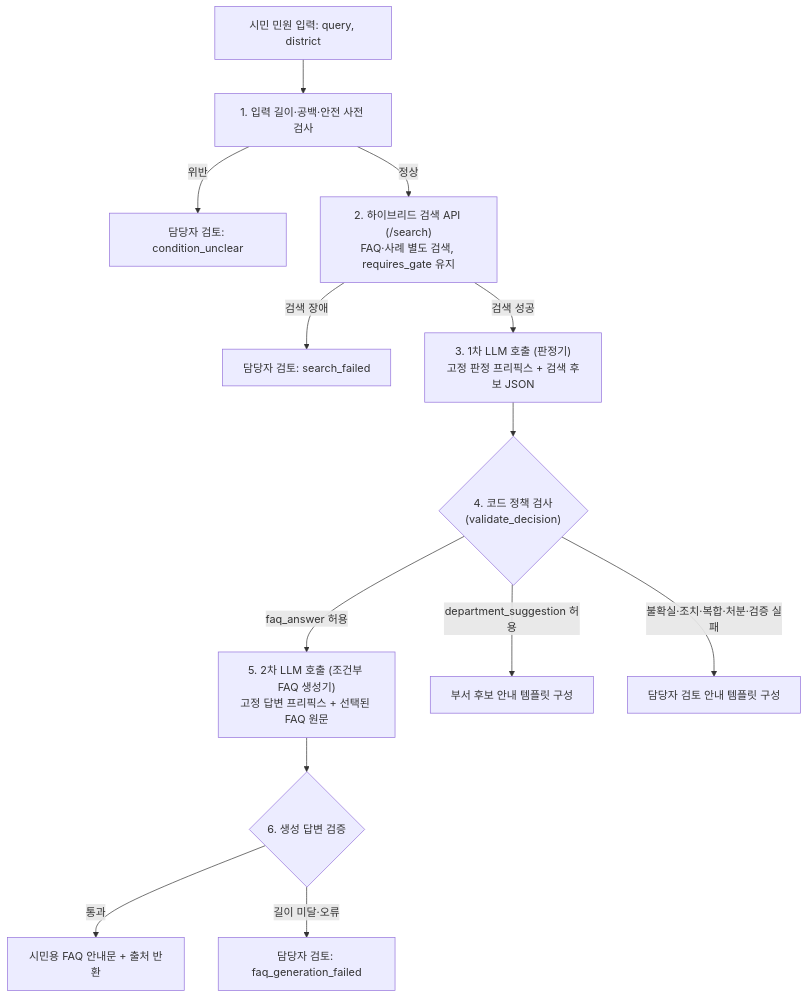
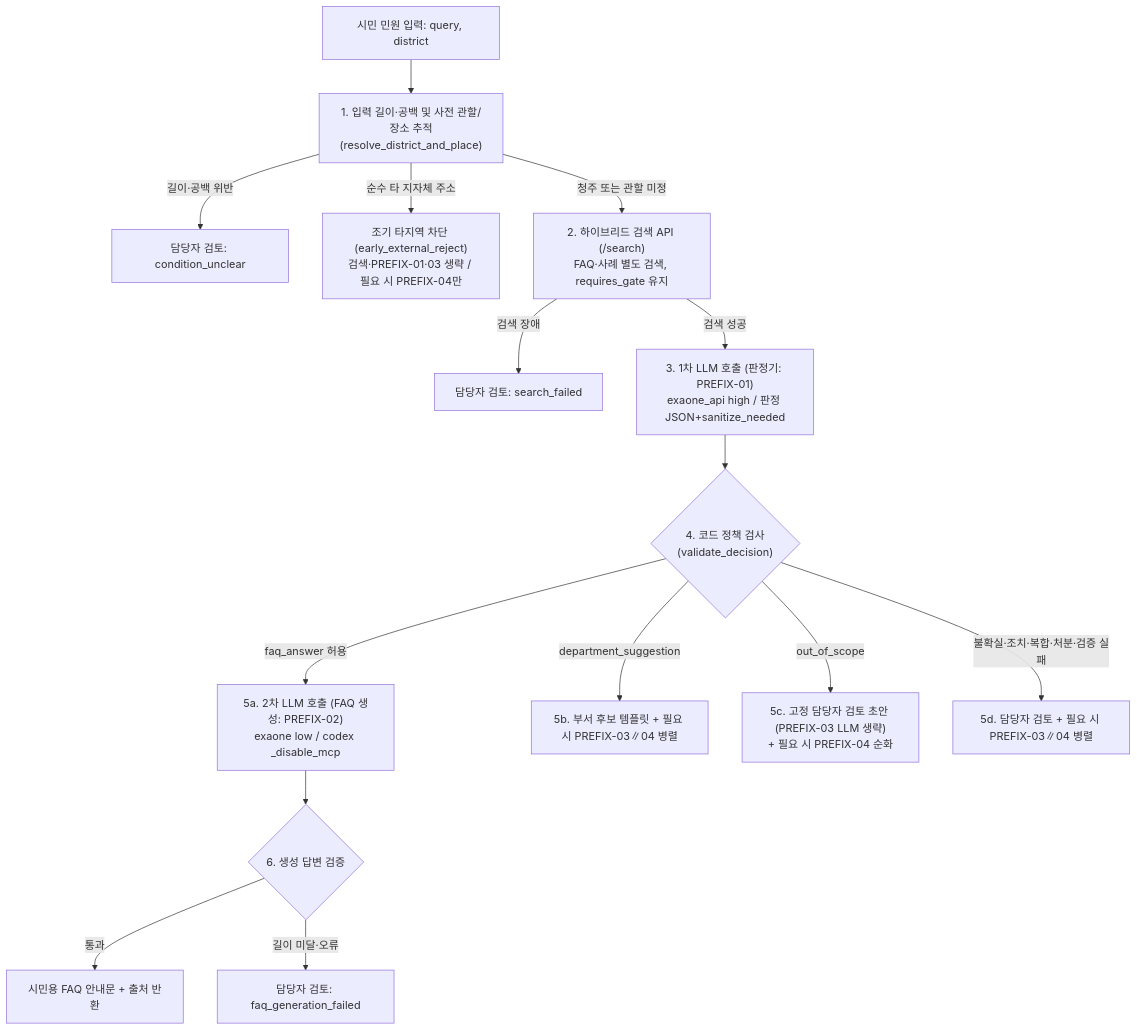
The diagram in docs/harness/AI_정보전달과_응답_하네스.md (hy040504/ai-complaint-process), drawn with Mermaid before and after one commit. The commit also changed other lines of this file and 26 other files, not shown here.

````diff
--- a/docs/harness/AI_정보전달과_응답_하네스.md
+++ b/docs/harness/AI_정보전달과_응답_하네스.md
@@ -33,15 +33,17 @@
 ```mermaid
 flowchart TD
-    U[시민 민원 입력: query, district] --> V1[1. 입력 길이·공백·안전 사전 검사]
-    V1 -->|위반| H0[담당자 검토: condition_unclear]
-    V1 -->|정상| S["2. 하이브리드 검색 API (/search)<br/>FAQ·사례 별도 검색, requires_gate 유지"]
+    U[시민 민원 입력: query, district] --> V1["1. 입력 길이·공백 및 사전 관할/장소 추적<br/>(resolve_district_and_place)"]
+    V1 -->|길이·공백 위반| H0[담당자 검토: condition_unclear]
+    V1 -->|순수 타 지자체 주소| E0["조기 타지역 차단 (early_external_reject)<br/>검색·PREFIX-01·03 생략 / 필요 시 PREFIX-04만"]
+    V1 -->|청주 또는 관할 미정| S["2. 하이브리드 검색 API (/search)<br/>FAQ·사례 별도 검색, requires_gate 유지"]
     S -->|검색 장애| H1[담당자 검토: search_failed]
-    S -->|검색 성공| P1["3. 1차 LLM 호출 (판정기)<br/>고정 판정 프리픽스 + 검색 후보 JSON"]
+    S -->|검색 성공| P1["3. 1차 LLM 호출 (판정기: PREFIX-01)<br/>exaone_api high / 판정 JSON+sanitize_needed"]
     P1 --> C{"4. 코드 정책 검사<br/>(validate_decision)"}
-    C -->|faq_answer 허용| P2["5. 2차 LLM 호출 (조건부 FAQ 생성기)<br/>고정 답변 프리픽스 + 선택된 FAQ 원문"]
-    C -->|department_suggestion 허용| D[부서 후보 안내 템플릿 구성]
-    C -->|불확실·조치·복합·처분·검증 실패| H2[담당자 검토 안내 템플릿 구성]
+    C -->|faq_answer 허용| P2["5a. 2차 LLM 호출 (FAQ 생성: PREFIX-02)<br/>exaone low / codex _disable_mcp"]
+    C -->|department_suggestion| D["5b. 부서 후보 템플릿 + 필요 시 PREFIX-03∥04 병렬"]
+    C -->|out_of_scope| HO["5c. 고정 담당자 검토 초안 (PREFIX-03 LLM 생략)<br/>+ 필요 시 PREFIX-04 순화"]
+    C -->|불확실·조치·복합·처분·검증 실패| H2["5d. 담당자 검토 + 필요 시 PREFIX-03∥04 병렬"]
     P2 --> V2{6. 생성 답변 검증}
     V2 -->|통과| F[시민용 FAQ 안내문 + 출처 반환]
     V2 -->|길이 미달·오류| H3[담당자 검토: faq_generation_failed]
 ```
````
